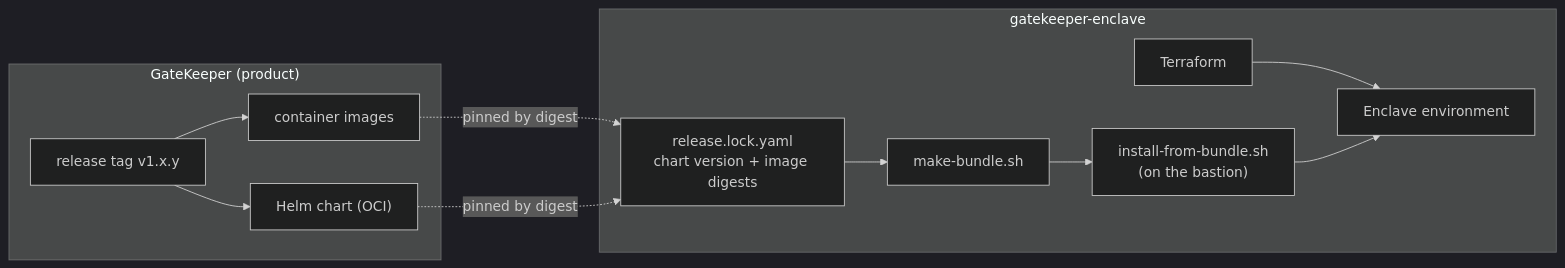
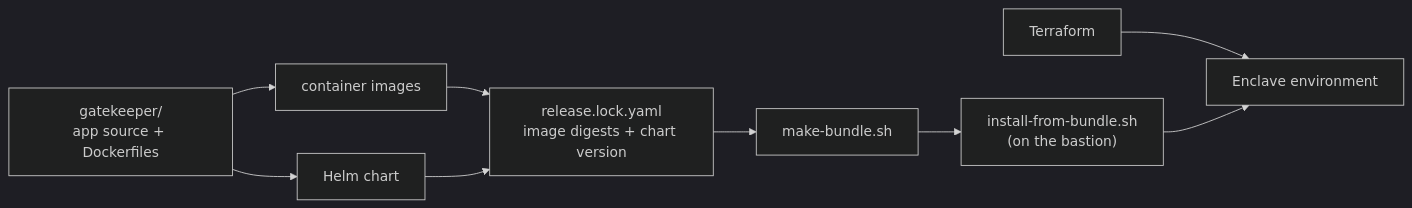
One commit to ghantasala-sr/GateKeeper-enclave changed the second of 2 diagrams in README.md. Above: the diagram before and after it, drawn with Mermaid (dark theme). The commit also changed other lines of this file, not shown here.

Commit message:
README: describe the in-tree app source and how releases are pinned

````diff
--- a/README.md
+++ b/README.md
@@ -70,13 +70,8 @@
 ```mermaid
 flowchart LR
-    subgraph Product["GateKeeper (product)"]
-        TAG["release tag v1.x.y"] --> IMG["container images"] & CHART["Helm chart (OCI)"]
-    end
-    subgraph Deployment["gatekeeper-enclave"]
-        LOCK["release.lock.yaml<br/>chart version + image digests"] --> BUNDLE["make-bundle.sh"]
-        BUNDLE --> INSTALL["install-from-bundle.sh<br/>(on the bastion)"]
-        TF["Terraform"] --> ENV["Enclave environment"]
-        INSTALL --> ENV
-    end
-    IMG & CHART -. "pinned by digest" .-> LOCK
+    SRC["gatekeeper/<br/>app source + Dockerfiles"] --> IMG["container images"] & CHART["Helm chart"]
+    IMG & CHART --> LOCK["release.lock.yaml<br/>image digests + chart version"]
+    LOCK --> BUNDLE["make-bundle.sh"] --> INSTALL["install-from-bundle.sh<br/>(on the bastion)"]
+    TF["Terraform"] --> ENV["Enclave environment"]
+    INSTALL --> ENV
 ```
````
